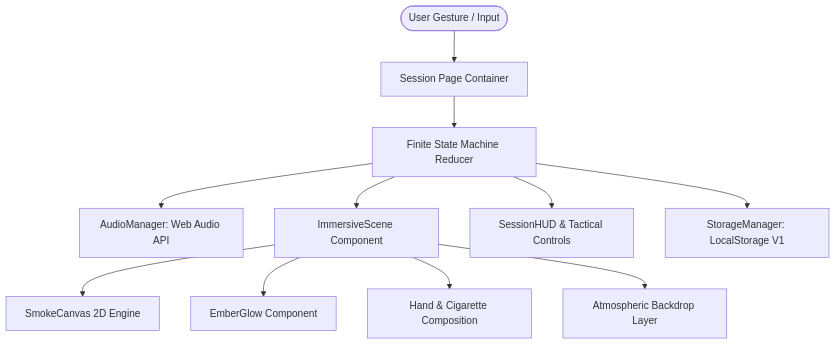
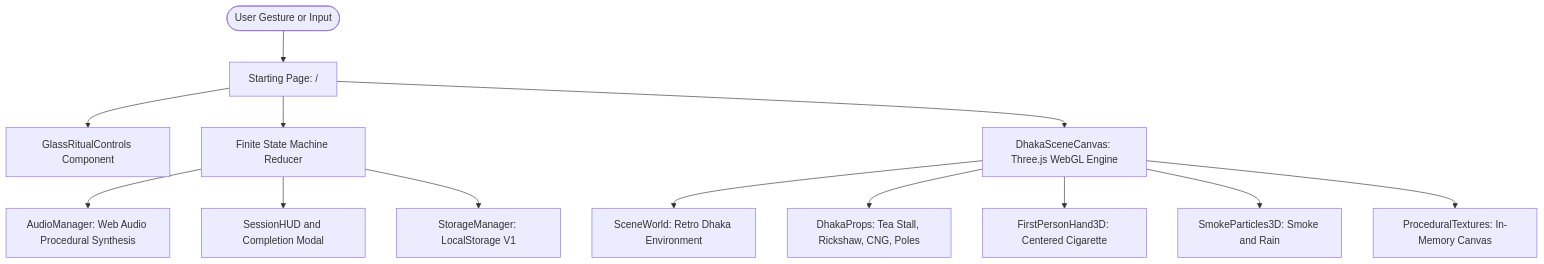
One commit to shafkatniloy/First-call changed the first of 2 diagrams in docs/ARCHITECTURE.md. Above: the diagram before and after it, drawn with Mermaid. The commit also changed other lines of this file and 102 other files, not shown here.

Commit message:
feat: complete retro Dhaka ritual with authentic brand stamping, leaderboard, and ambient street NPCs

````diff
--- a/docs/ARCHITECTURE.md
+++ b/docs/ARCHITECTURE.md
@@ -7,13 +14,15 @@
 ```mermaid
 flowchart TD
-    User([User Gesture / Input]) --> SessionPage[Session Page Container]
-    SessionPage --> FSM[Finite State Machine Reducer]
-    FSM --> Audio[AudioManager: Web Audio API]
-    FSM --> Scene[ImmersiveScene Component]
-    Scene --> Canvas[SmokeCanvas 2D Engine]
-    Scene --> Ember[EmberGlow Component]
-    Scene --> Foreground[Hand & Cigarette Composition]
-    Scene --> Background[Atmospheric Backdrop Layer]
-    FSM --> HUD[SessionHUD & Tactical Controls]
+    User([User Gesture or Input]) --> StartPage[Starting Page: /]
+    StartPage --> GlassUI[GlassRitualControls Component]
+    StartPage --> FSM[Finite State Machine Reducer]
+    StartPage --> WebGL[DhakaSceneCanvas: Three.js WebGL Engine]
+    WebGL --> SceneWorld[SceneWorld: Retro Dhaka Environment]
+    WebGL --> Props[DhakaProps: Tea Stall, Rickshaw, CNG, Poles]
+    WebGL --> ViewModel[FirstPersonHand3D: Centered Cigarette]
+    WebGL --> Particles[SmokeParticles3D: Smoke and Rain]
+    WebGL --> Textures[ProceduralTextures: In-Memory Canvas]
+    FSM --> Audio[AudioManager: Web Audio Procedural Synthesis]
+    FSM --> HUD[SessionHUD and Completion Modal]
     FSM --> Storage[StorageManager: LocalStorage V1]
 ```
````
